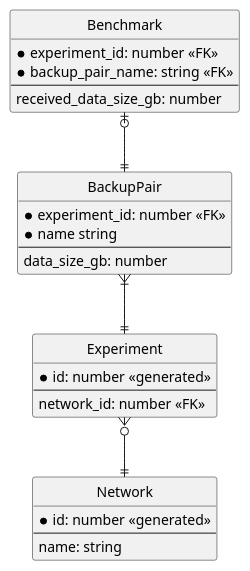
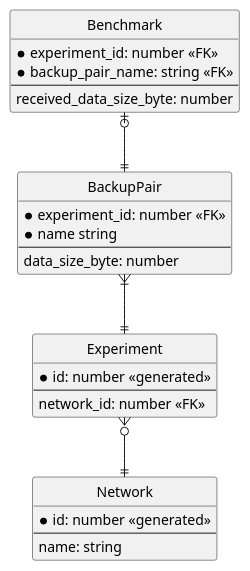
One commit to TOMOFUMI-KONDO/disaster-resistant-network changed the diagram in db/ER-diagram.puml. Above: the diagram before and after it, drawn with PlantUML. The commit also changed 1 other file, not shown here.

Commit message:
fix: change column name to make unit of data size to Byte from GByte

```diff
--- a/db/ER-diagram.puml
+++ b/db/ER-diagram.puml
@@ -1,36 +1,36 @@
 @startuml
 
 hide circle
 skinparam linetype ortho
 
 entity Benchmark {
   *experiment_id: number <<FK>>
   *backup_pair_name: string <<FK>>
   --
-  received_data_size_gb: number
+  received_data_size_byte: number
 }
 
 entity BackupPair {
   *experiment_id: number <<FK>>
   *name string
   --
-  data_size_gb: number
+  data_size_byte: number
 }
 
 entity Experiment {
   *id: number <<generated>>
   --
   network_id: number <<FK>>
 }
 
 entity Network {
   *id: number <<generated>>
   --
   name: string
 }
 
 Benchmark |o--|| BackupPair
 BackupPair }|--|| Experiment
 Experiment }o--|| Network
 
 @enduml
```
